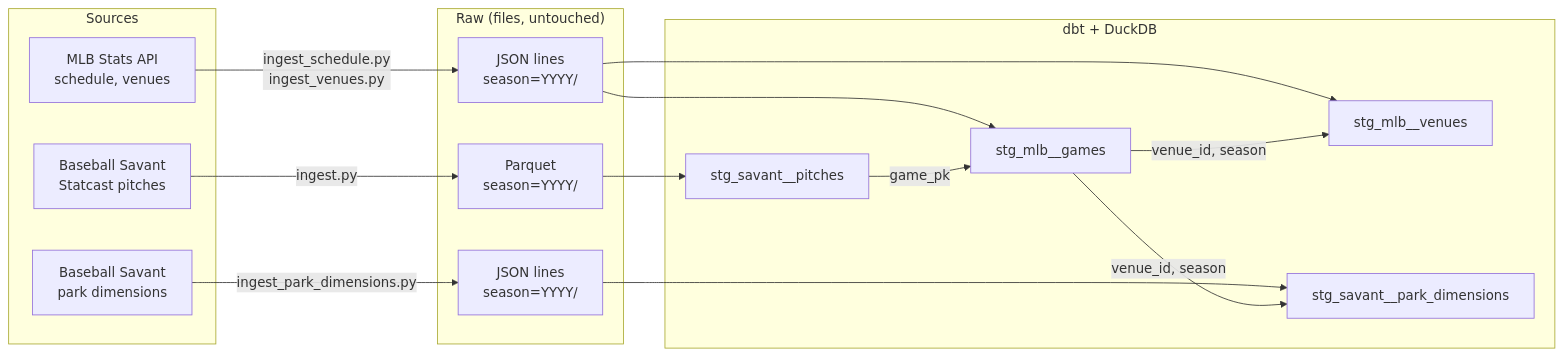
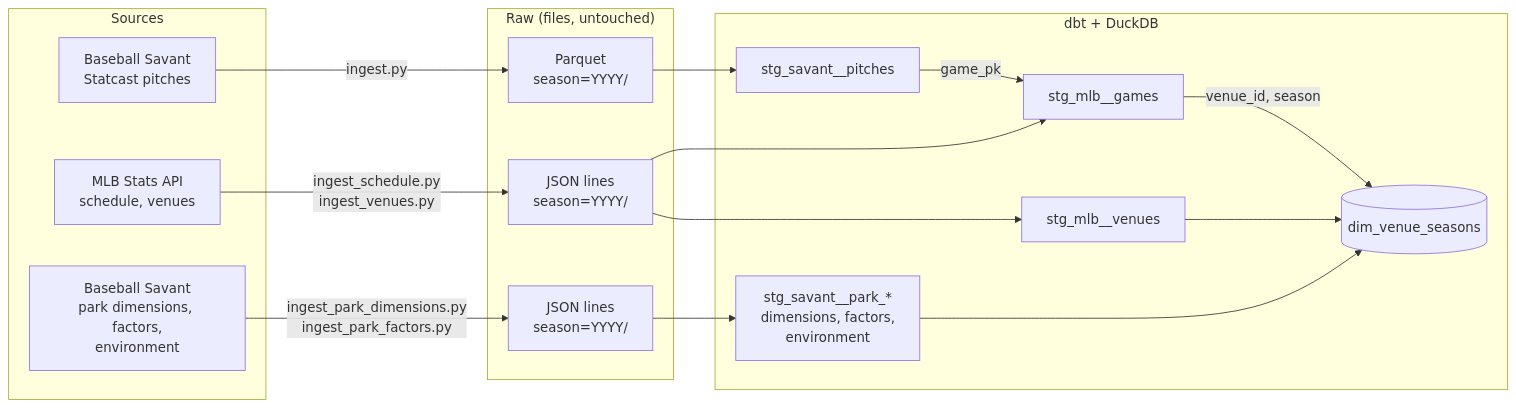
The diagram in README.md (jromer242/statcast), drawn with Mermaid before and after one commit. The commit also changed other lines of this file and 6 other files, not shown here.

First line of the commit message:
Add dim_venue_seasons mart with prior-season park factors

````diff
--- a/README.md
+++ b/README.md
@@ -13,24 +13,26 @@
 ```mermaid
 flowchart LR
     subgraph Sources
         BS[Baseball Savant<br/>Statcast pitches]
         API[MLB Stats API<br/>schedule, venues]
-        PD[Baseball Savant<br/>park dimensions]
+        PD[Baseball Savant<br/>park dimensions, factors,<br/>environment]
     end
     subgraph "Raw (files, untouched)"
         R1[Parquet<br/>season=YYYY/]
         R2[JSON lines<br/>season=YYYY/]
         R3[JSON lines<br/>season=YYYY/]
     end
     subgraph "dbt + DuckDB"
         S1[stg_savant__pitches]
         S2[stg_mlb__games]
         S3[stg_mlb__venues]
-        S4[stg_savant__park_dimensions]
+        S4[stg_savant__park_*<br/>dimensions, factors,<br/>environment]
+        M1[(dim_venue_seasons)]
     end
     BS -->|ingest.py| R1 --> S1
     API -->|ingest_schedule.py<br/>ingest_venues.py| R2 --> S2 & S3
-    PD -->|ingest_park_dimensions.py| R3 --> S4
+    PD -->|ingest_park_dimensions.py<br/>ingest_park_factors.py| R3 --> S4
+    S3 & S4 --> M1
     S1 -- game_pk --> S2
-    S2 -- "venue_id, season" --> S3 & S4
+    S2 -- "venue_id, season" --> M1
 ```
````
